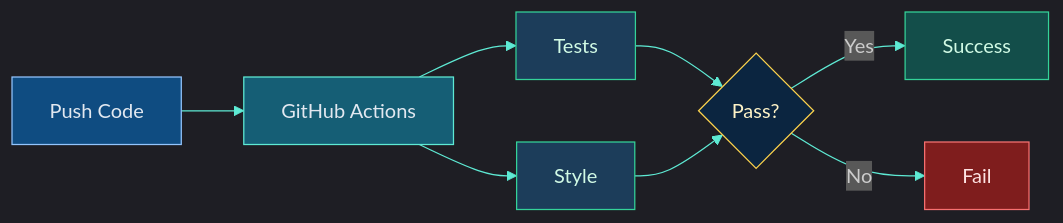
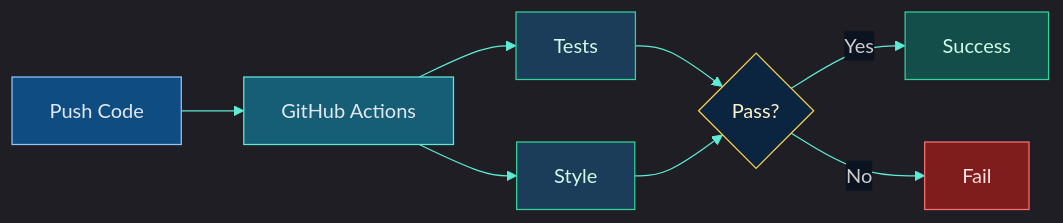
Before and after one commit to MindaugasSarpis/CERN_lessons_on_data_analysis: the second of 2 diagrams in lectures/content/slides/14_Reproducible_Workflows.md, drawn with Mermaid. The commit also changed other lines of this file and 85 other files, not shown here.

````diff
--- a/lectures/content/slides/14_Reproducible_Workflows.md
+++ b/lectures/content/slides/14_Reproducible_Workflows.md
@@ -1401,18 +1500,18 @@
 ```mermaid
-%%{init: {'theme': 'dark', 'themeVariables': {'primaryColor': '#0f1f3d', 'primaryBorderColor': '#60a5fa', 'primaryTextColor': '#e2e8f0', 'lineColor': '#5eead4'}, 'flowchart': {'curve': 'basis'}}}%%
+%%{init: {'theme': 'dark', 'themeVariables': {'primaryColor': '#0f1f3d', 'primaryBorderColor': '#60a5fa', 'primaryTextColor': '#e2e8f0', 'lineColor': '#5eead4', 'edgeLabelBackground': '#0b1220'}, 'flowchart': {'curve': 'basis'}}}%%
 flowchart LR
     A[Push Code]:::action --> B[GitHub Actions]:::process
     B --> C[Tests]:::step
     B --> D[Style]:::step
     C --> E{Pass?}:::decision
     D --> E
     E -->|Yes| F[Success]:::success
     E -->|No| G[Fail]:::fail
 
     classDef action fill:#0f4c81,stroke:#93c5fd,color:#e2e8f0
     classDef process fill:#155e75,stroke:#5eead4,color:#e2e8f0
     classDef step fill:#1c3d5a,stroke:#34d399,color:#d1fae5
     classDef decision fill:#0b2540,stroke:#fcd34d,color:#fef3c7
     classDef success fill:#134e4a,stroke:#34d399,color:#d1fae5
     classDef fail fill:#7f1d1d,stroke:#f87171,color:#fee2e2
 ```
````
